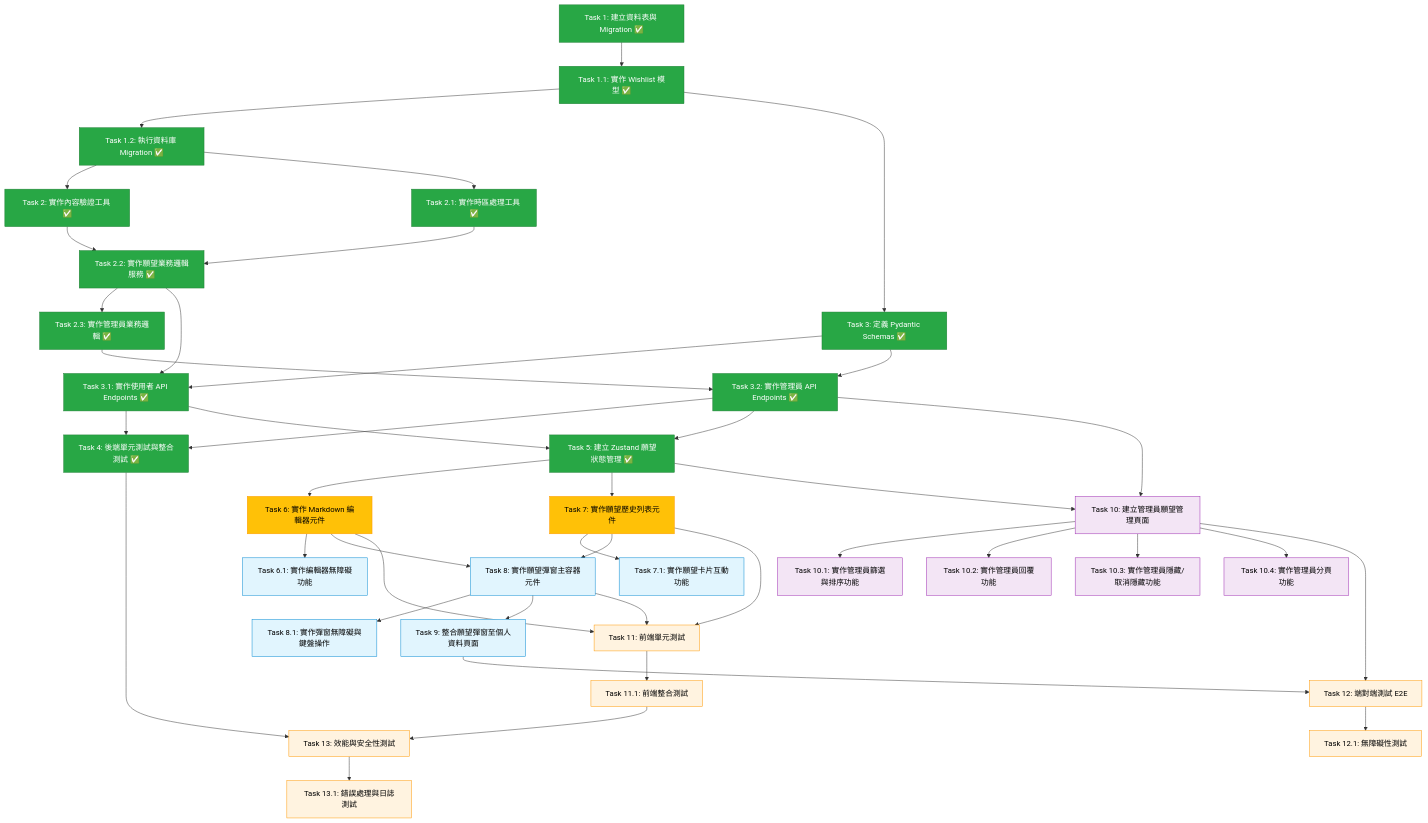
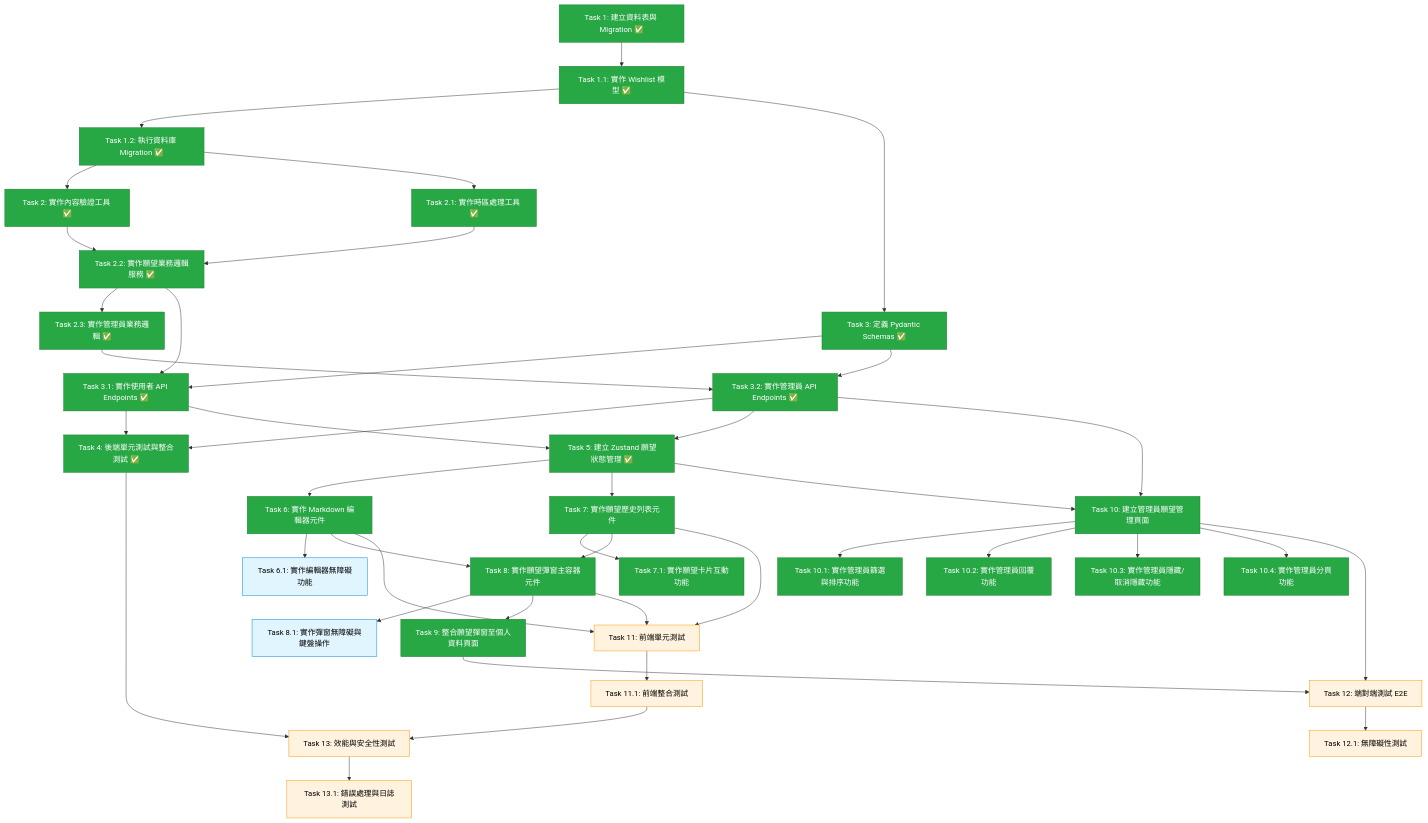
Before and after one commit to huan5678/wasteland-tarot-app: the diagram in .kiro/specs/wishlist-feature/tasks.md, drawn with Mermaid. The commit also changed other lines of this file, not shown here.

```diff
--- a/.kiro/specs/wishlist-feature/tasks.md
+++ b/.kiro/specs/wishlist-feature/tasks.md
@@ -777,21 +761,23 @@
     style T4 fill:#28a745,stroke:#1e7e34,color:#fff
     style T5 fill:#28a745,stroke:#1e7e34,color:#fff
 
-    %% Phase 3: Next Steps (Yellow highlight)
-    style T6 fill:#ffc107,stroke:#ff9800,color:#000
+    %% Phase 3: Completed (Green)
+    style T6 fill:#28a745,stroke:#1e7e34,color:#fff
     style T6_1 fill:#e1f5fe,stroke:#0288d1,color:#000
-    style T7 fill:#ffc107,stroke:#ff9800,color:#000
-    style T7_1 fill:#e1f5fe,stroke:#0288d1,color:#000
-    style T8 fill:#e1f5fe,stroke:#0288d1,color:#000
+    style T7 fill:#28a745,stroke:#1e7e34,color:#fff
+    style T7_1 fill:#28a745,stroke:#1e7e34,color:#fff
+    style T8 fill:#28a745,stroke:#1e7e34,color:#fff
     style T8_1 fill:#e1f5fe,stroke:#0288d1,color:#000
-    style T9 fill:#e1f5fe,stroke:#0288d1,color:#000
+    style T9 fill:#28a745,stroke:#1e7e34,color:#fff
 
-    style T10 fill:#f3e5f5,stroke:#9c27b0,color:#000
-    style T10_1 fill:#f3e5f5,stroke:#9c27b0,color:#000
-    style T10_2 fill:#f3e5f5,stroke:#9c27b0,color:#000
-    style T10_3 fill:#f3e5f5,stroke:#9c27b0,color:#000
-    style T10_4 fill:#f3e5f5,stroke:#9c27b0,color:#000
+    %% Phase 4: Completed (Green)
+    style T10 fill:#28a745,stroke:#1e7e34,color:#fff
+    style T10_1 fill:#28a745,stroke:#1e7e34,color:#fff
+    style T10_2 fill:#28a745,stroke:#1e7e34,color:#fff
+    style T10_3 fill:#28a745,stroke:#1e7e34,color:#fff
+    style T10_4 fill:#28a745,stroke:#1e7e34,color:#fff
 
+    %% Phase 5: Testing & QA (Next Steps - Orange)
     style T11 fill:#fff3e0,stroke:#ff9800,color:#000
     style T11_1 fill:#fff3e0,stroke:#ff9800,color:#000
     style T12 fill:#fff3e0,stroke:#ff9800,color:#000
```
